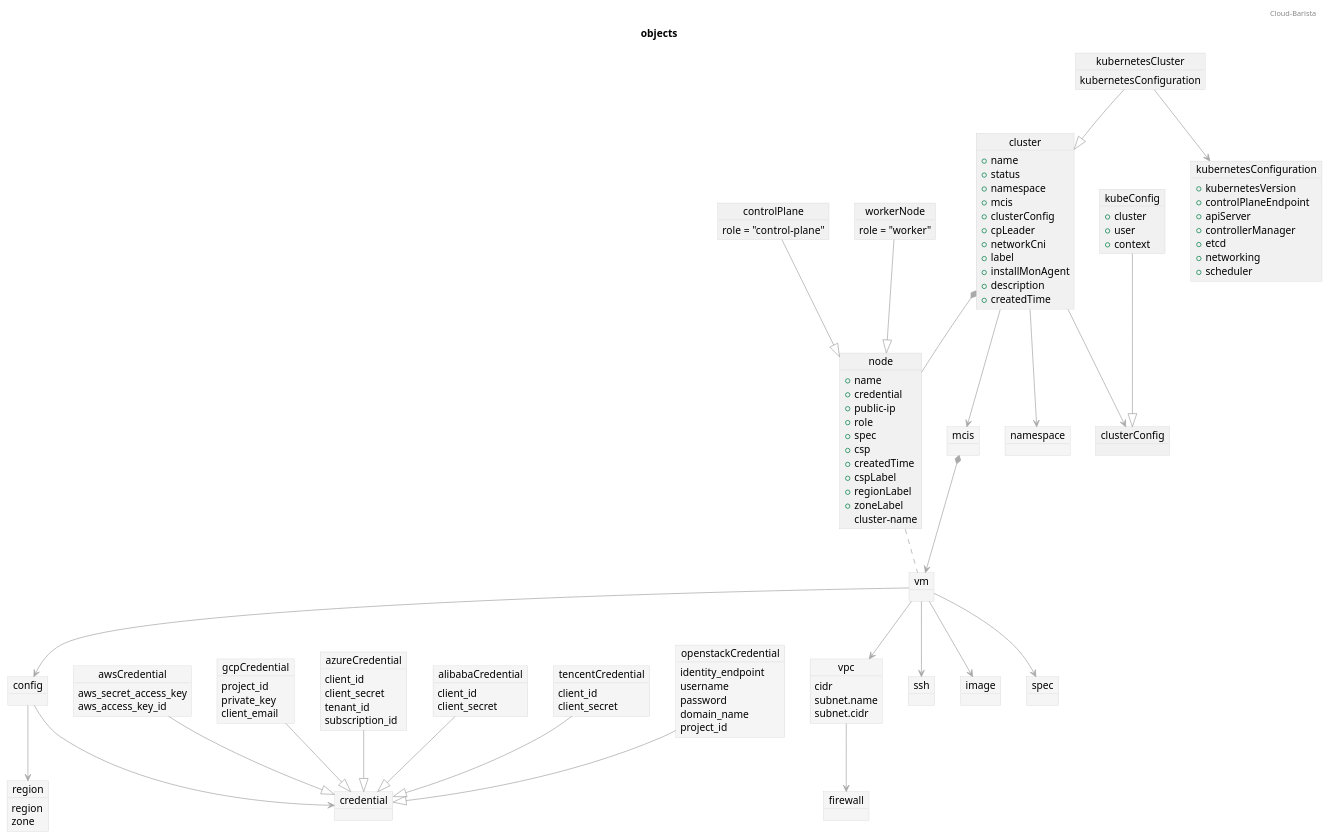
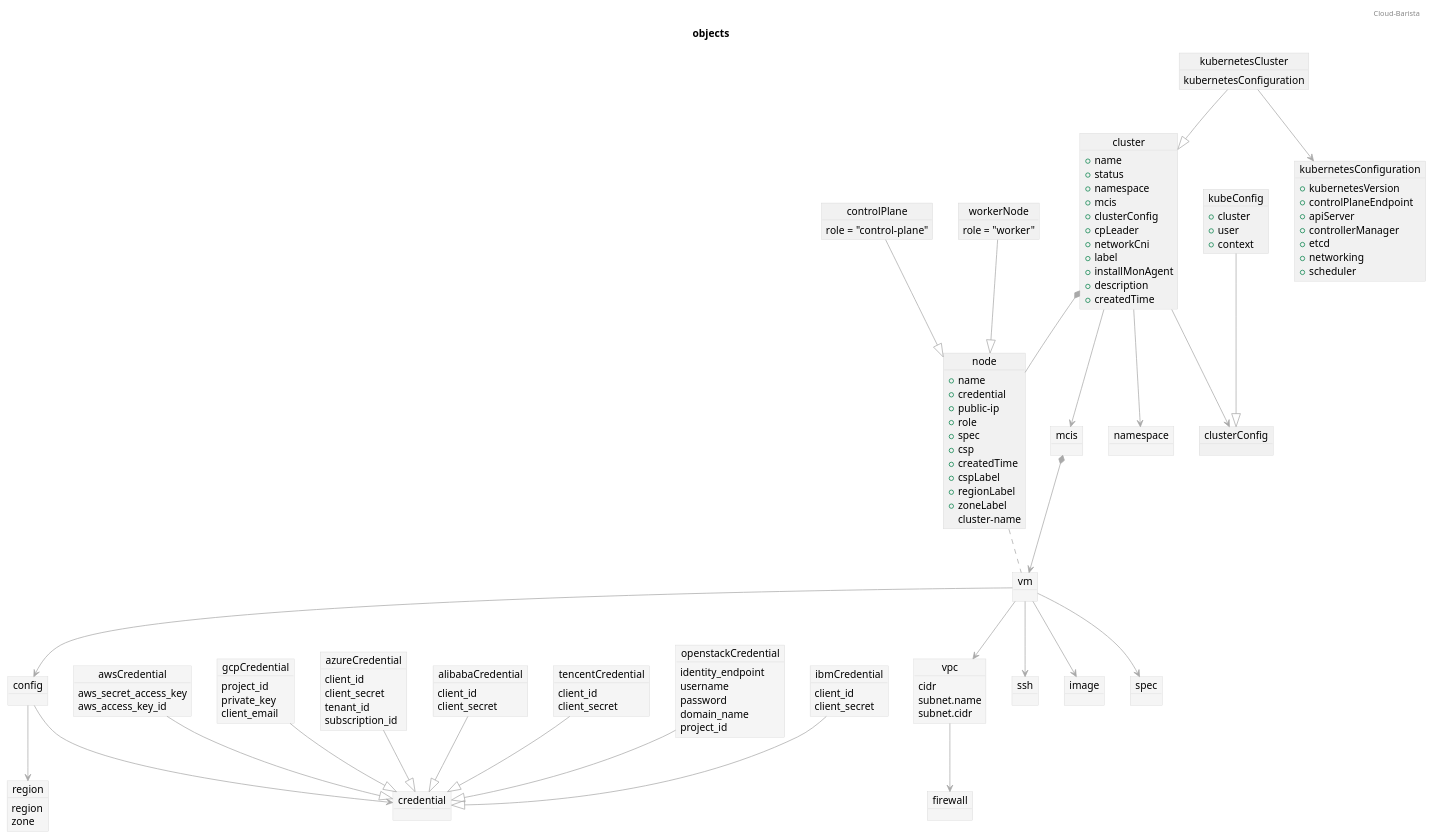
One commit to cloud-barista/cb-ladybug changed the diagram in docs/design/objects.puml. Above: the diagram before and after it, drawn with PlantUML. The commit also changed 8 other files, not shown here.

```diff
--- a/docs/design/objects.puml
+++ b/docs/design/objects.puml
@@ -1,180 +1,185 @@
 @startuml
 
 header Cloud-Barista
 title objects
 skinparam object {
 	' backgroundColor	GreenYellow
 	ArrowColor		DarkGray
 	BorderColor		LightGray
 }
 
 ' # spider ----------------
 object region #WhiteSmoke {
 	region
 	zone
 }
 object credential #WhiteSmoke {
 }
 object awsCredential #WhiteSmoke {
 	aws_secret_access_key
 	aws_access_key_id
 }
 object gcpCredential #WhiteSmoke {
 	project_id
 	private_key
 	client_email
 }
 object azureCredential #WhiteSmoke {
 	client_id
 	client_secret
 	tenant_id	
 	subscription_id
 }
 object alibabaCredential #WhiteSmoke {
 	client_id
 	client_secret
 }
 object tencentCredential #WhiteSmoke {
 	client_id
 	client_secret
 }
 object openstackCredential #WhiteSmoke {
 	identity_endpoint
 	username
 	password
 	domain_name
 	project_id
 }
+object ibmCredential #WhiteSmoke {
+	client_id
+	client_secret
+}
 
 object config #WhiteSmoke {
 }
 object vm #WhiteSmoke {
 }
 ' }
 awsCredential	--|>	credential
 gcpCredential	--|>	credential
 azureCredential	--|>	credential
 alibabaCredential	--|>	credential
 tencentCredential	--|>	credential
 openstackCredential	--|>	credential
+ibmCredential   --|>	credential
 config			-->		credential
 config			-->		region
 
 ' # tumblebug ----------------
 object namespace #WhiteSmoke {
 }
 object vpc #WhiteSmoke {
 	cidr
 	subnet.name
 	subnet.cidr
 }
 object firewall #WhiteSmoke {
 }
 object ssh #WhiteSmoke {
 }
 object image #WhiteSmoke {
 }
 object spec #WhiteSmoke {
 }
 object mcis #WhiteSmoke {
 }
 
 vpc		-->		firewall
 vm		-->		vpc
 vm		-->		config
 vm		-->		ssh
 vm		-->		image
 vm		-->		spec
 mcis	*-->	vm
 
 
 ' # mcks ----------------
 object cluster {
 	+name
 	+status
 	+namespace
 	+mcis
 	+clusterConfig
 	+cpLeader
 	+networkCni
 	+label
 	+installMonAgent
 	+description
 	+createdTime
 }
 object kubernetesCluster {
 	kubernetesConfiguration
 }
 
 object kubernetesConfiguration {
 	+kubernetesVersion
 	+controlPlaneEndpoint
 	+apiServer
 	+controllerManager
 	+etcd
 	+networking
 	+scheduler
 }
 object node  {
 	+name
 	+credential
 	+public-ip
 	+role
 	+spec
 	+csp
 	+createdTime
 	+cspLabel
 	+regionLabel
 	+zoneLabel
 	cluster-name
 }
 object controlPlane  {
 	role = "control-plane"
 }
 object workerNode  {
 	role = "worker"
 }
 
 controlPlane	--|>	node
 workerNode		--|>	node
 
 
 object clusterConfig  {
 }
 
 object kubeConfig  {
 	+cluster
 	+user
 	+context
 }
 
 cluster		-->	 	namespace
 cluster		*--		node
 cluster		-->		mcis
 cluster		-->		clusterConfig
 
 kubernetesCluster	--|>	cluster
 kubernetesCluster	-->		kubernetesConfiguration
 node				..		vm
 
 kubeConfig		--|>	clusterConfig
 
 
 '' # mcks controller ----------------
 'object clusterDeployment #GreenYellow {
 '	+namespace
 '	+mcis
 '	+controlPlaneCount
 '	+wokrerCount
 '}
 'object nodeSet #GreenYellow {
 '	+replicas
 '}
 
 
 'clusterDeployment	-->		cluster
 'clusterDeployment	..>		mcis
 'nodeSet				*-->	node
 'nodeSet				..		clusterDeployment
 
 @enduml
```
